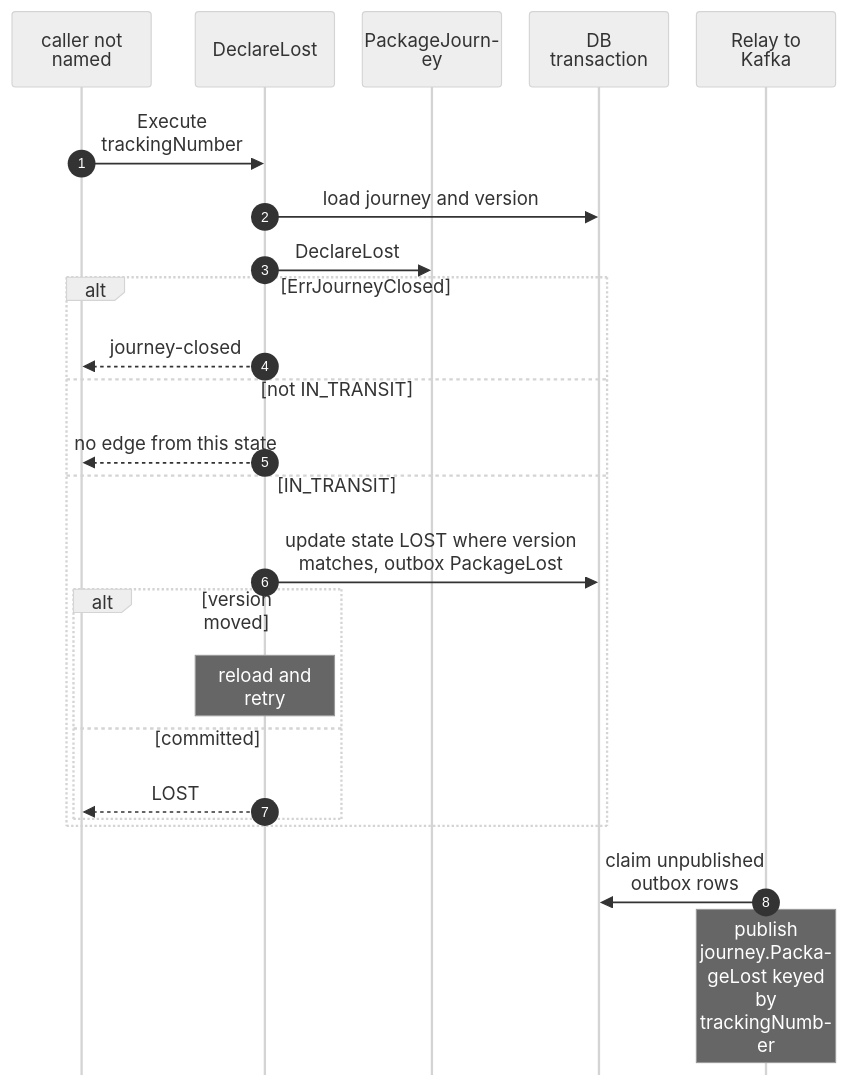
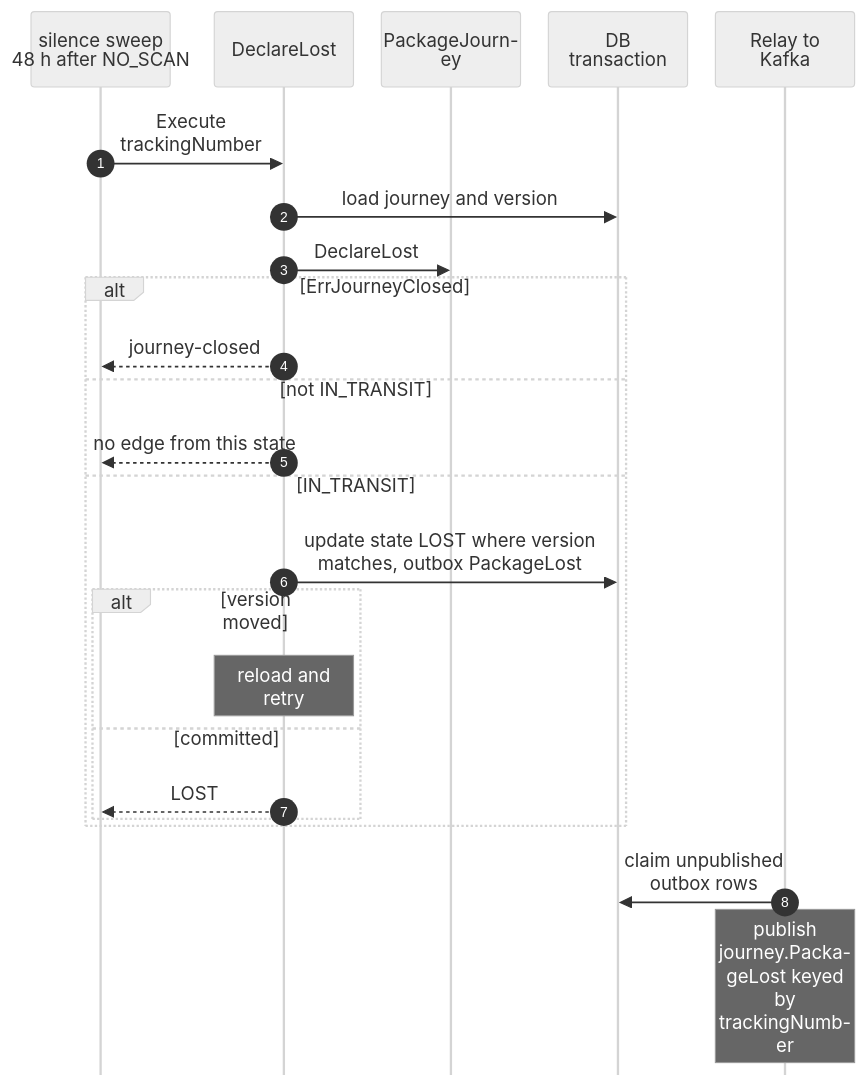
Before and after one commit to IQVO/warehouse-docs: the sixth of 6 diagrams in network/docs/contexts/shipping-and-tracking/sequence-diagrams.md, drawn with Mermaid (neutral theme). The commit also changed other lines of this file and 9 other files, not shown here.

````diff
--- a/network/docs/contexts/shipping-and-tracking/sequence-diagrams.md
+++ b/network/docs/contexts/shipping-and-tracking/sequence-diagrams.md
@@ -251,27 +262,27 @@
 ```mermaid
 %%{init: {"sequence": {"wrap": true, "width": 120, "actorMargin": 24, "messageMargin": 28, "boxMargin": 6, "noteMargin": 6, "mirrorActors": false}}}%%
 sequenceDiagram
     autonumber
-    participant C as caller not named
+    participant C as silence sweep<br/>48 h after NO_SCAN
     participant UC as DeclareLost
     participant A as PackageJourney
     participant DB as DB transaction
     participant RL as Relay to Kafka
     C->>UC: Execute trackingNumber
     UC->>DB: load journey and version
     UC->>A: DeclareLost
     alt ErrJourneyClosed
         UC-->>C: journey-closed
     else not IN_TRANSIT
         UC-->>C: no edge from this state
     else IN_TRANSIT
         UC->>DB: update state LOST where version matches, outbox PackageLost
         alt version moved
             Note over UC: reload and retry
         else committed
             UC-->>C: LOST
         end
     end
     RL->>DB: claim unpublished outbox rows
     Note over RL: publish journey.PackageLost keyed by trackingNumber
 ```
````
